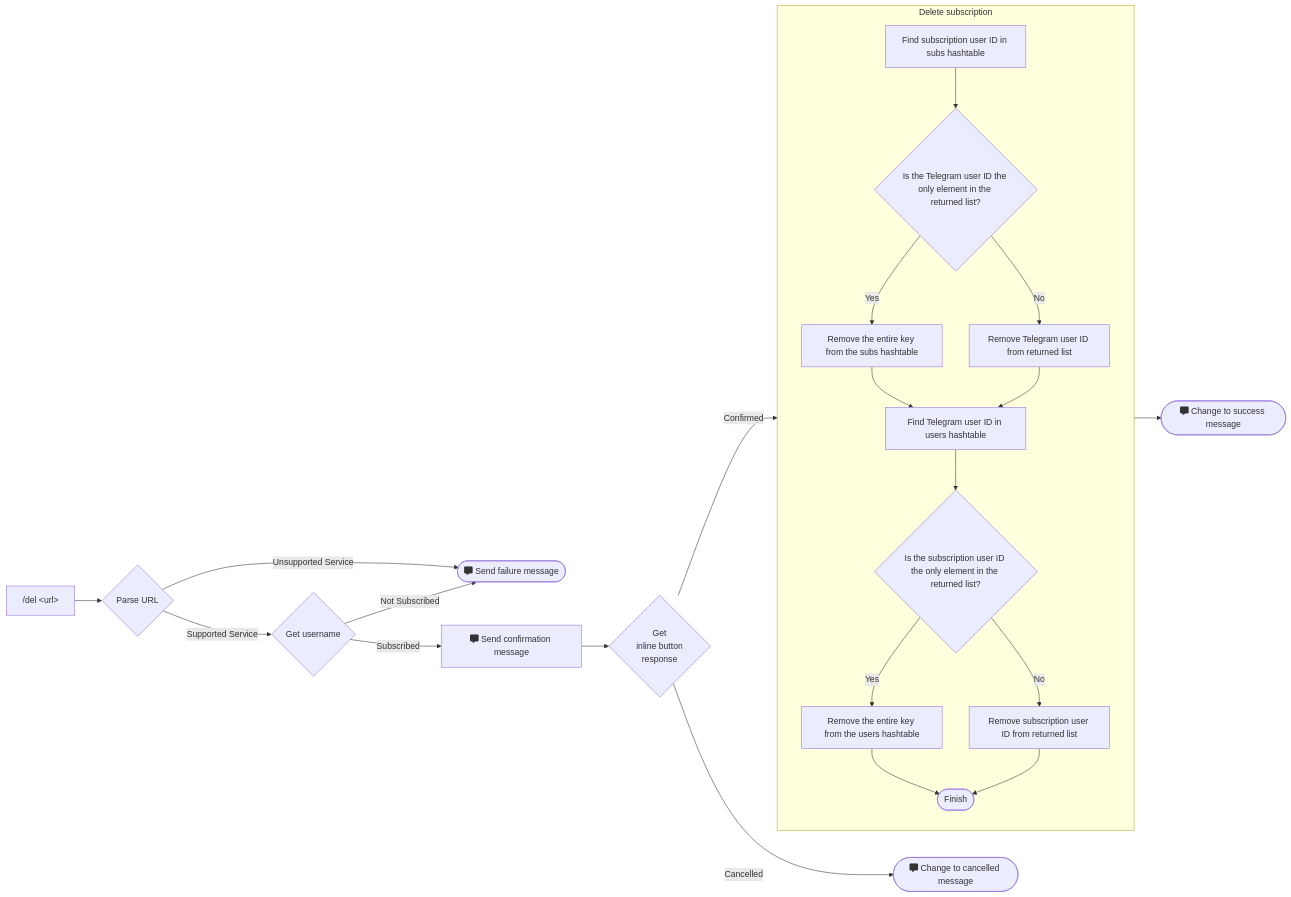
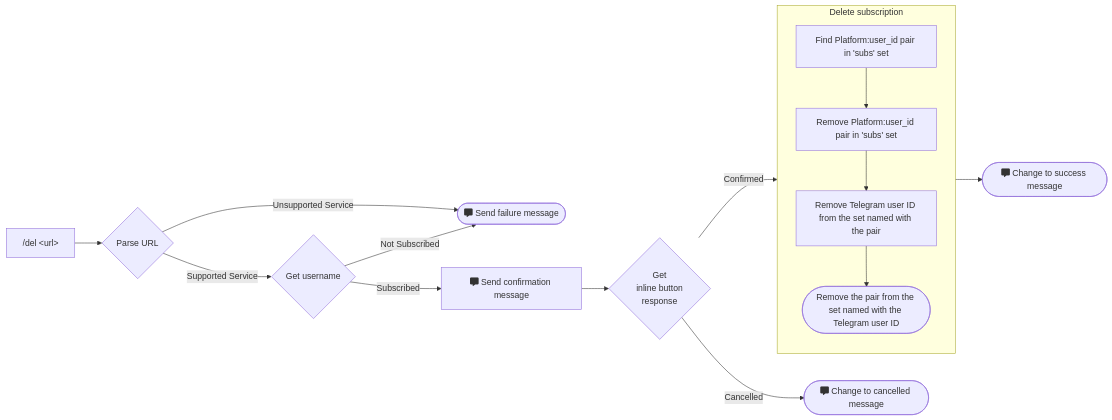
The second of 3 diagrams in Design.md (mikelei8291/Telescope), drawn with Mermaid before and after one commit. The commit also changed other lines of this file, not shown here.

Commit message:
doc: update design document according to Redis data structure

````diff
--- a/Design.md
+++ b/Design.md
@@ -35,28 +32,18 @@
   ```mermaid
   flowchart LR
     subgraph s1["Delete subscription"]
-      n1["Find subscription user ID in subs hashtable"]
-      n2{"Is the Telegram user ID the only element in the returned list?"}
-      n1 --> n2
-      n2 -- Yes --> n3["Remove the entire key from the subs hashtable"]
-      n2 -- No --> n4["Remove Telegram user ID from returned list"]
-      n5["Find Telegram user ID in users hashtable"]
-      n3 --> n5
-      n4 --> n5
-      n5 --> n6{"Is the subscription user ID the only element in the returned list?"}
-      n6 -- Yes --> n7["Remove the entire key from the users hashtable"]
-      n6 -- No --> n8["Remove subscription user ID from returned list"]
-      n9(["Finish"])
-      n7 --> n9
-      n8 --> n9
+      n1["Find Platform:user_id pair in 'subs' set"]
+      n1 --> n2["Remove Platform:user_id pair in 'subs' set"]
+      n2 --> n3["Remove Telegram user ID from the set named with the pair"]
+      n3 --> n4(["Remove the pair from the set named with the Telegram user ID"])
     end
     A["/del &lt;url&gt;"] --> B{"Parse URL"}
     B -- Supported Service --> C{"Get username"}
     B -- Unsupported Service --> D(["fa:fa-message Send failure message"])
     C -- Not Subscribed --> D
     C -- Subscribed --> E["fa:fa-message Send confirmation message"]
     E --> F{"Get<br>inline button<br>response"}
     F -- Confirmed --> s1
     s1 --> H(["fa:fa-message Change to success message"])
     F -- Cancelled --> I(["fa:fa-message Change to cancelled message"])
   ```
````
